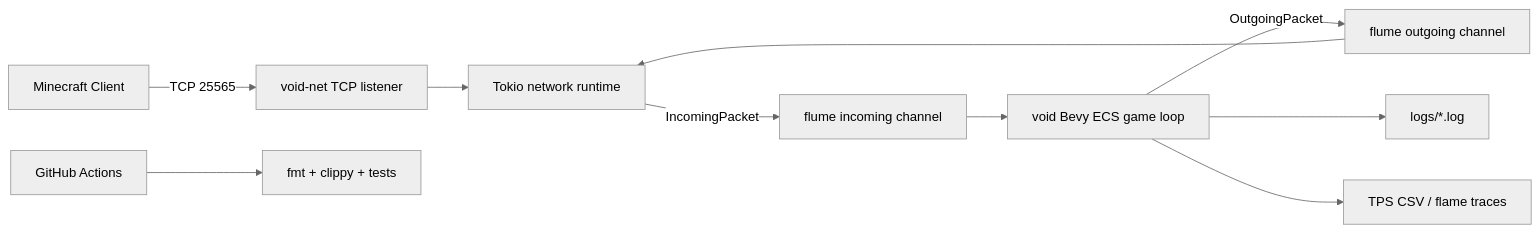
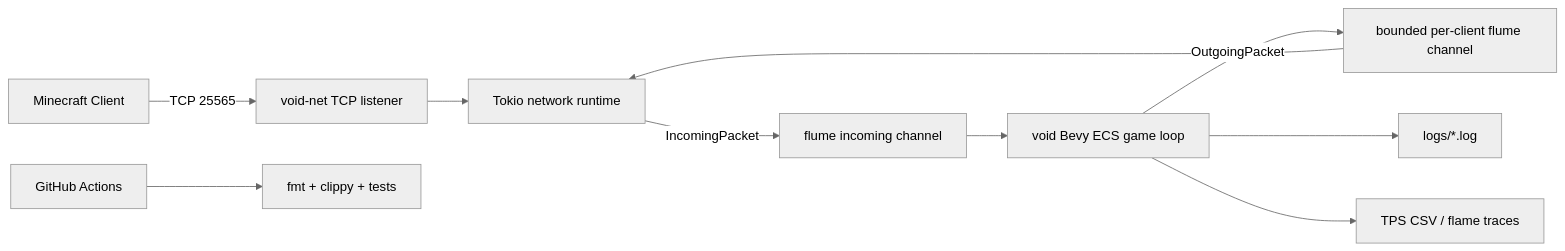
The second of 2 diagrams in void-docs/docs/architecture/index.md (VoidMinecraft/VoidMC), drawn with Mermaid (neutral theme) before and after one commit. The commit also changed 10 other files, not shown here.

First line of the commit message:
perf(net): bounded per-client queues with direct delivery

````diff
--- a/void-docs/docs/architecture/index.md
+++ b/void-docs/docs/architecture/index.md
@@ -20,12 +20,12 @@
 ```mermaid
 flowchart LR
     Client[Minecraft Client] -->|TCP 25565| Net[void-net TCP listener]
     Net --> Tokio[Tokio network runtime]
     Tokio -->|IncomingPacket| In[flume incoming channel]
     In --> Game[void Bevy ECS game loop]
-    Game -->|OutgoingPacket| Out[flume outgoing channel]
+    Game -->|OutgoingPacket| Out[bounded per-client flume channel]
     Out --> Tokio
     Game --> Logs[logs/*.log]
     Game --> Metrics[TPS CSV / flame traces]
     CI[GitHub Actions] --> Gates[fmt + clippy + tests]
 ```
````
